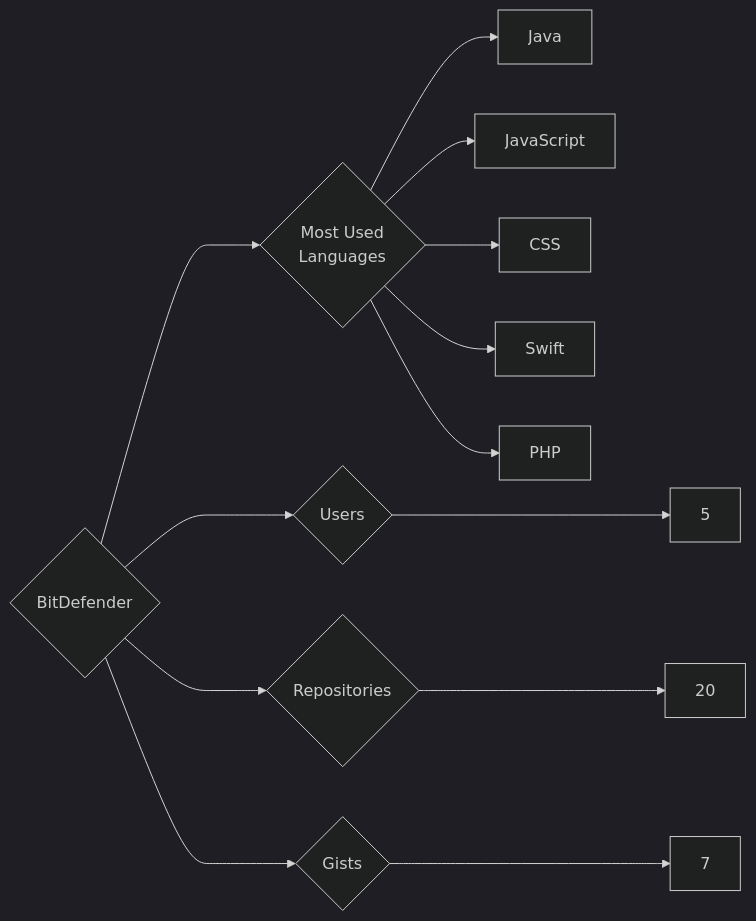
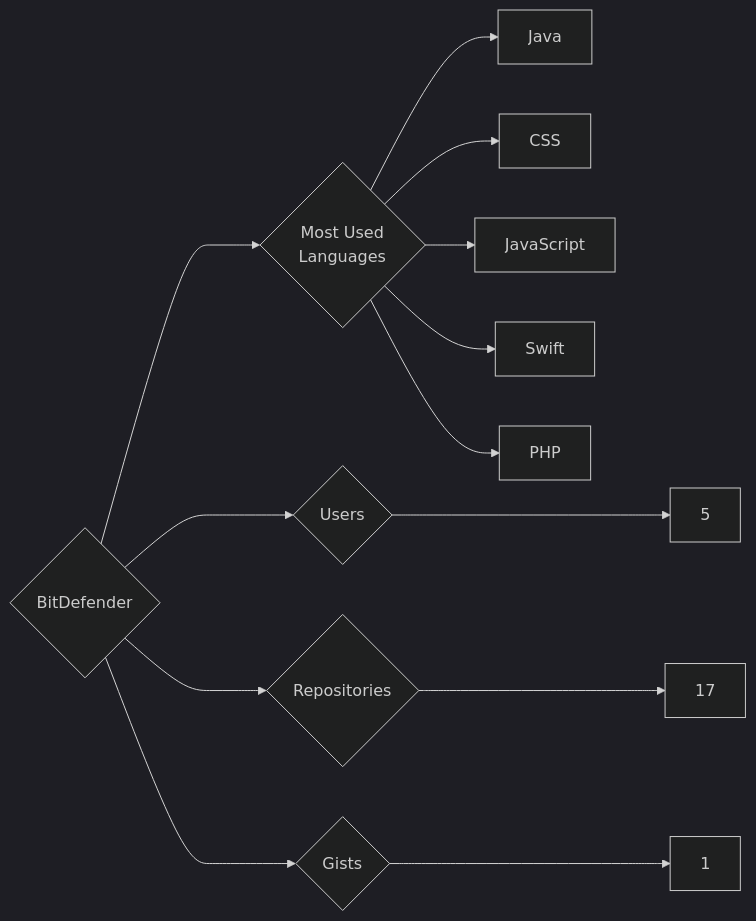
One commit to trickest/insiders changed the diagram in targets/BitDefender/README.md. Above: the diagram before and after it, drawn with Mermaid (dark theme). The commit also changed 783 other files, not shown here.

````diff
--- a/targets/BitDefender/README.md
+++ b/targets/BitDefender/README.md
@@ -3,13 +3,13 @@
 ```mermaid
 graph LR
 COMPANY_NAME{BitDefender}
 COMPANY_NAME ---> U{Users} ---> UN[5]
-COMPANY_NAME ---> R{Repositories} ---> RN[20]
-COMPANY_NAME ---> G{Gists} ---> GN[7]
+COMPANY_NAME ---> R{Repositories} ---> RN[17]
+COMPANY_NAME ---> G{Gists} ---> GN[1]
 COMPANY_NAME ---> ML{Most Used<br>Languages}
 ML --> Java[Java]
+ML --> CSS[CSS]
 ML --> JavaScript[JavaScript]
-ML --> CSS[CSS]
 ML --> Swift[Swift]
 ML --> PHP[PHP]
 ```
````
